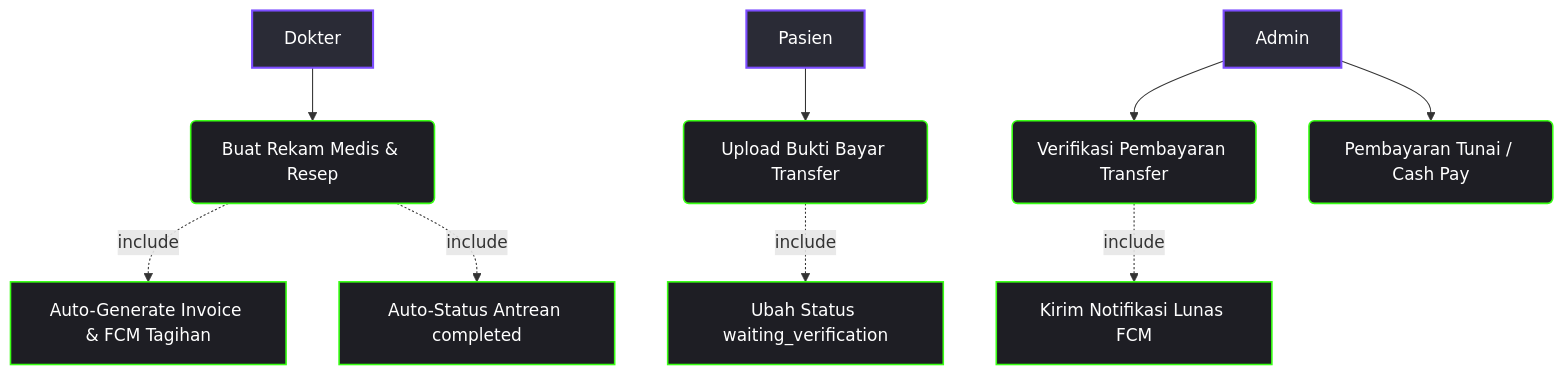
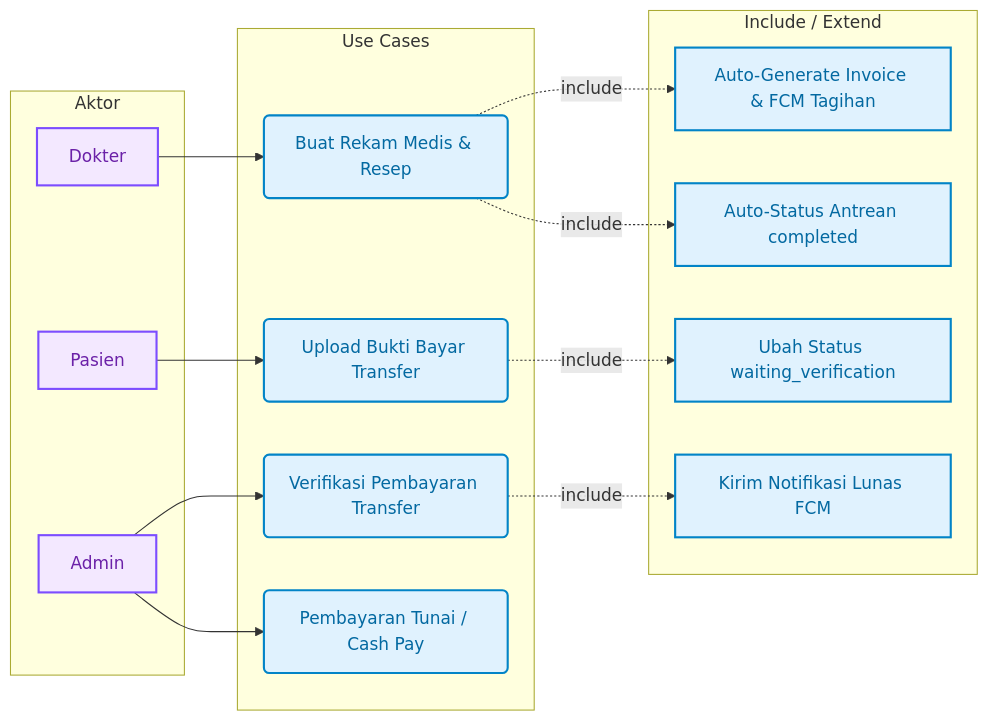
One commit to Rezi14/NalaSeva-Mobile-Test changed the fourth of 6 diagrams in dokumentasi/USECASE_DIAGRAM.md. Above: the diagram before and after it, drawn with Mermaid. The commit also changed other lines of this file and 1 other file, not shown here.

````diff
--- a/dokumentasi/USECASE_DIAGRAM.md
+++ b/dokumentasi/USECASE_DIAGRAM.md
@@ -152,15 +200,37 @@
 ```mermaid
-flowchart TD
-  classDef actorStyle fill:#2a2b36,stroke:#7c4dff,stroke-width:2px,color:#fff;
-  classDef usecaseStyle fill:#1e1e24,stroke:#39ff14,stroke-width:1.5px,color:#fff;
+flowchart LR
+  classDef actorStyle fill:#f3e8ff,stroke:#7c4dff,stroke-width:2px,color:#6b21a8;
+  classDef usecaseStyle fill:#e0f2fe,stroke:#0284c7,stroke-width:2px,color:#0369a1;
 
-  Dokter[Dokter]:::actorStyle --> UC_Exam(Buat Rekam Medis & Resep):::usecaseStyle
-  Pasien[Pasien]:::actorStyle --> UC_Upload(Upload Bukti Bayar Transfer):::usecaseStyle
-  Admin[Admin]:::actorStyle --> UC_Verify(Verifikasi Pembayaran Transfer):::usecaseStyle
-  Admin --> UC_Cash(Pembayaran Tunai / Cash Pay):::usecaseStyle
+  subgraph Actors [Aktor]
+    Dokter[Dokter]:::actorStyle
+    Pasien[Pasien]:::actorStyle
+    Admin[Admin]:::actorStyle
+  end
 
-  UC_Exam -.->|include| UC_Invoice[Auto-Generate Invoice & FCM Tagihan]:::usecaseStyle
-  UC_Exam -.->|include| UC_QueueComp[Auto-Status Antrean completed]:::usecaseStyle
-  UC_Upload -.->|include| UC_StatusWaiting[Ubah Status waiting_verification]:::usecaseStyle
-  UC_Verify -.->|include| UC_FCMVerify[Kirim Notifikasi Lunas FCM]:::usecaseStyle
+  subgraph UseCases [Use Cases]
+    UC_Exam(Buat Rekam Medis & Resep):::usecaseStyle
+    UC_Upload(Upload Bukti Bayar Transfer):::usecaseStyle
+    UC_Verify(Verifikasi Pembayaran Transfer):::usecaseStyle
+    UC_Cash(Pembayaran Tunai / Cash Pay):::usecaseStyle
+  end
+
+  subgraph Details [Include / Extend]
+    UC_Invoice[Auto-Generate Invoice & FCM Tagihan]:::usecaseStyle
+    UC_QueueComp[Auto-Status Antrean completed]:::usecaseStyle
+    UC_StatusWaiting[Ubah Status waiting_verification]:::usecaseStyle
+    UC_FCMVerify[Kirim Notifikasi Lunas FCM]:::usecaseStyle
+  end
+
+  %% Actor Connections
+  Dokter --> UC_Exam
+  Pasien --> UC_Upload
+  Admin --> UC_Verify
+  Admin --> UC_Cash
+
+  %% Relations
+  UC_Exam -.->|include| UC_Invoice
+  UC_Exam -.->|include| UC_QueueComp
+  UC_Upload -.->|include| UC_StatusWaiting
+  UC_Verify -.->|include| UC_FCMVerify
 ```
````
